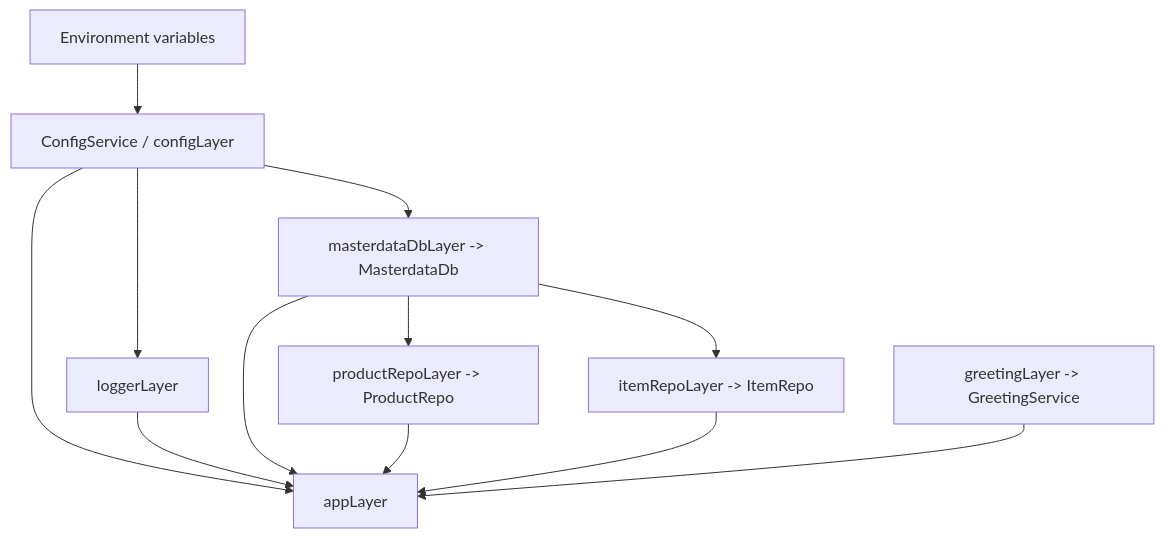
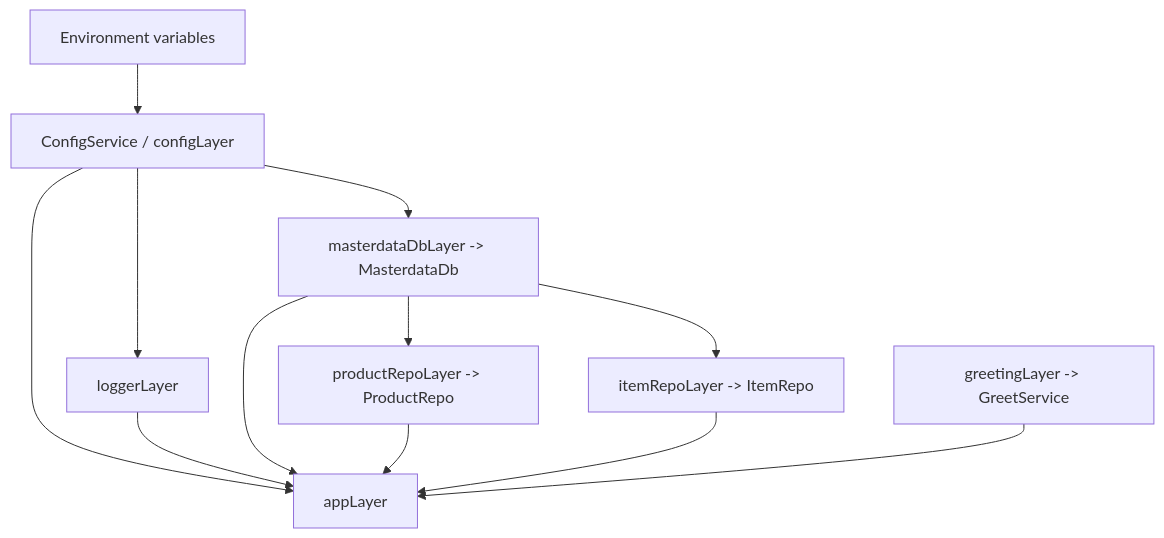
One commit to liminalisht/lect-effect changed the diagram in docs/src/content/docs/guides/architecture.mdx. Above: the diagram before and after it, drawn with Mermaid. The commit also changed other lines of this file and 18 other files, not shown here.

````diff
--- a/docs/src/content/docs/guides/architecture.mdx
+++ b/docs/src/content/docs/guides/architecture.mdx
@@ -36,16 +36,16 @@
 ```mermaid
 graph TD
   Env[Environment variables] --> Config[ConfigService / configLayer]
   Config --> Logger[loggerLayer]
   Config --> DB[masterdataDbLayer -> MasterdataDb]
   DB --> ProductRepo[productRepoLayer -> ProductRepo]
   DB --> ItemRepo[itemRepoLayer -> ItemRepo]
-  Greeting[greetingLayer -> GreetingService]
+  Greeting[greetingLayer -> GreetService]
 
   Config --> App[appLayer]
   Logger --> App
   DB --> App
   ProductRepo --> App
   ItemRepo --> App
   Greeting --> App
 ```
````
